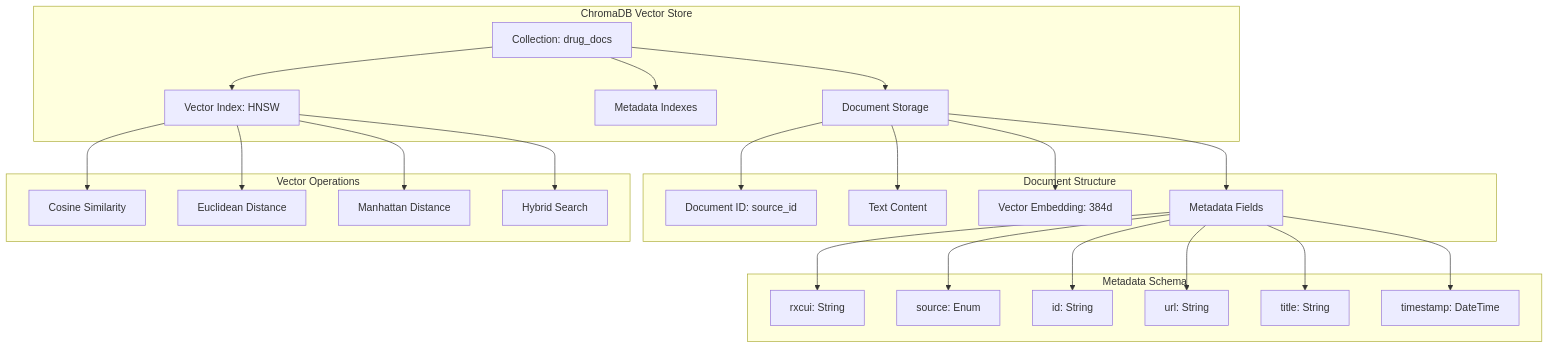
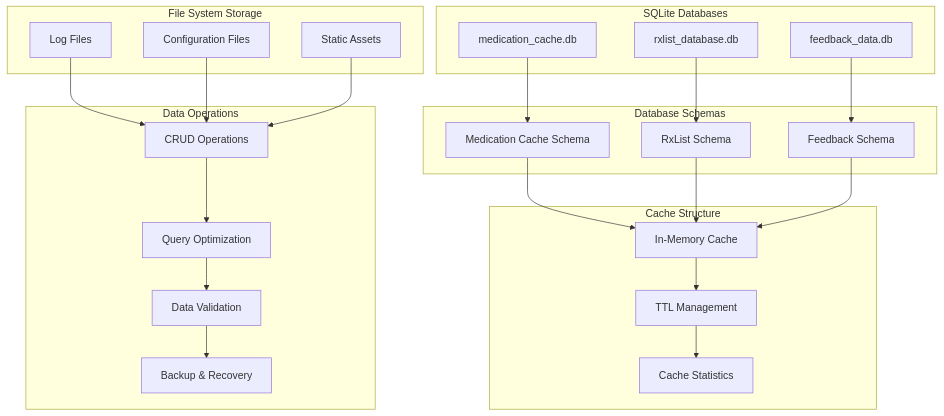
One commit to Linesmerrill/RxVerify changed the seventh of 15 diagrams in ARCHITECTURE.md. Above: the diagram before and after it, drawn with Mermaid. The commit also changed other lines of this file and 1 other file, not shown here.

````diff
--- a/ARCHITECTURE.md
+++ b/ARCHITECTURE.md
@@ -167,51 +315,52 @@
 ```mermaid
 graph TB
-    subgraph "ChromaDB Vector Store"
-        A[Collection: drug_docs]
-        B[Vector Index: HNSW]
-        C[Metadata Indexes]
-        D[Document Storage]
+    subgraph "SQLite Databases"
+        A[medication_cache.db]
+        B[rxlist_database.db]
+        C[feedback_data.db]
     end
     
-    subgraph "Document Structure"
-        E[Document ID: source_id]
-        F[Text Content]
-        G[Vector Embedding: 384d]
-        H[Metadata Fields]
+    subgraph "Database Schemas"
+        D[Medication Cache Schema]
+        E[RxList Schema]
+        F[Feedback Schema]
     end
     
-    subgraph "Metadata Schema"
-        I[rxcui: String]
-        J[source: Enum]
-        K[id: String]
-        L[url: String]
-        M[title: String]
-        N[timestamp: DateTime]
+    subgraph "Cache Structure"
+        G[In-Memory Cache]
+        H[TTL Management]
+        I[Cache Statistics]
     end
     
-    subgraph "Vector Operations"
-        O[Cosine Similarity]
-        P[Euclidean Distance]
-        Q[Manhattan Distance]
-        R[Hybrid Search]
+    subgraph "File System Storage"
+        J[Log Files]
+        K[Configuration Files]
+        L[Static Assets]
     end
     
-    A --> B
-    A --> C
+    subgraph "Data Operations"
+        M[CRUD Operations]
+        N[Query Optimization]
+        O[Data Validation]
+        P[Backup & Recovery]
+    end
+    
     A --> D
-    D --> E
-    D --> F
+    B --> E
+    C --> F
+    
     D --> G
-    D --> H
+    E --> G
+    F --> G
+    
+    G --> H
     H --> I
-    H --> J
-    H --> K
-    H --> L
-    H --> M
-    H --> N
     
-    B --> O
-    B --> P
-    B --> Q
-    B --> R
+    J --> M
+    K --> M
+    L --> M
+    
+    M --> N
+    N --> O
+    O --> P
 ```
````
